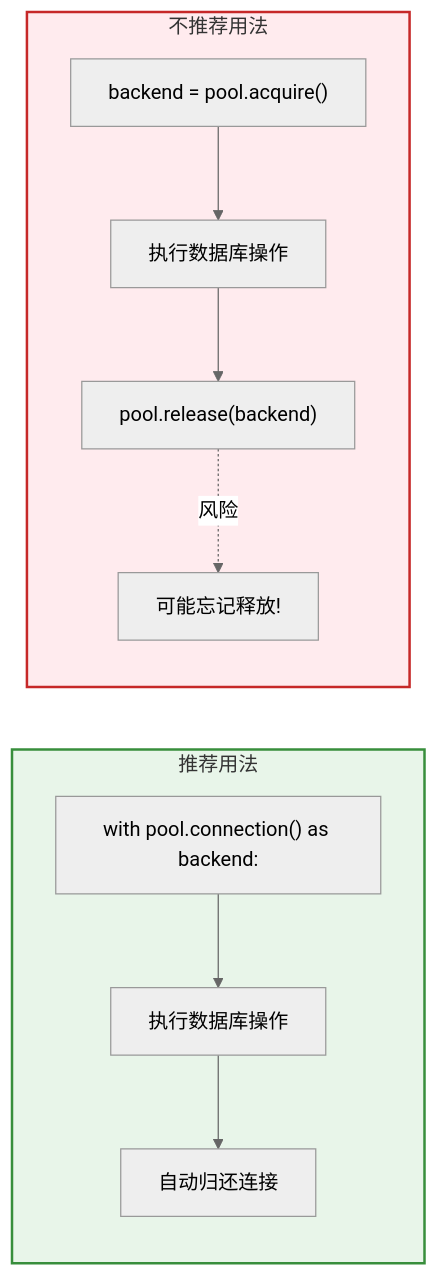
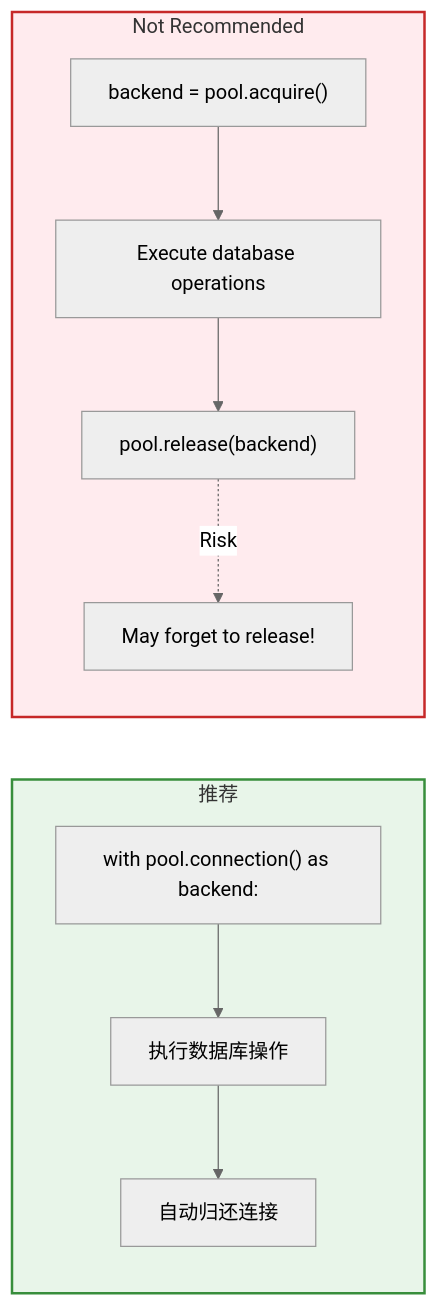
The second of 5 diagrams in docs/zh_CN/connection/connection_pool.md (rhosocial/python-activerecord), drawn with Mermaid (neutral theme) before and after one commit. The commit also changed other lines of this file and 200 other files, not shown here.

````diff
--- a/docs/zh_CN/connection/connection_pool.md
+++ b/docs/zh_CN/connection/connection_pool.md
@@ -80,21 +80,21 @@
 ```mermaid
 flowchart LR
-    subgraph Recommended["推荐用法"]
+    subgraph Recommended["推荐"]
         D1["with pool.connection() as backend:"]
         D2["执行数据库操作"]
         D3["自动归还连接"]
         D1 --> D2 --> D3
     end
 
-    subgraph NotRecommended["不推荐用法"]
+subgraph NotRecommended["Not Recommended"]
         E1["backend = pool.acquire()"]
-        E2["执行数据库操作"]
+        E2["Execute database operations"]
         E3["pool.release(backend)"]
-        E4["可能忘记释放!"]
+        E4["May forget to release!"]
         E1 --> E2 --> E3
-        E3 -.->|风险| E4
+        E3 -.->|Risk| E4
     end
 
     style Recommended fill:#e8f5e9,stroke:#388e3c,stroke-width:2px
     style NotRecommended fill:#ffebee,stroke:#c62828,stroke-width:2px
 ```
````
